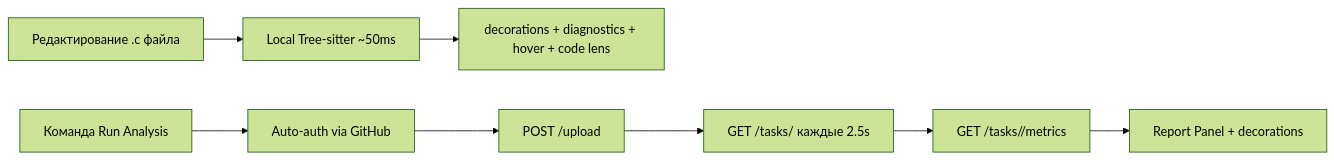
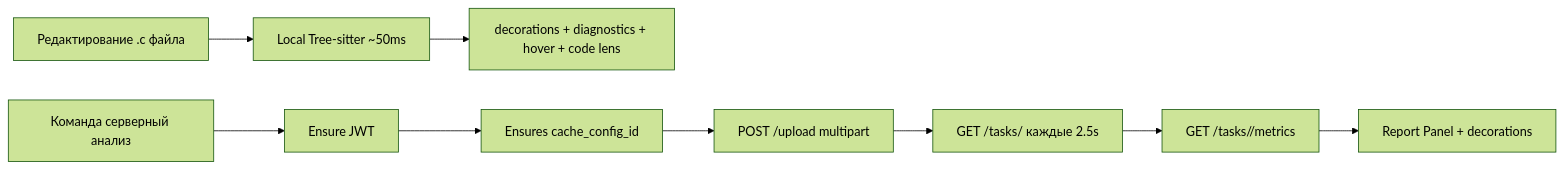
One commit to Fortech4N9/docs changed the second of 2 diagrams in docs/clients/vscode/index.md. Above: the diagram before and after it, drawn with Mermaid (forest theme). The commit also changed other lines of this file and 15 other files, not shown here.

````diff
--- a/docs/clients/vscode/index.md
+++ b/docs/clients/vscode/index.md
@@ -51,11 +68,12 @@
 ```mermaid
 flowchart LR
     Edit[Редактирование .c файла] --> Local[Local Tree-sitter ~50ms]
     Local --> UI1[decorations + diagnostics + hover + code lens]
 
-    Run[Команда Run Analysis] --> Auth[Auto-auth via GitHub]
-    Auth --> Up[POST /upload]
+    Run[Команда серверный анализ] --> Auth[Ensure JWT]
+    Auth --> Cfg[Ensures cache_config_id]
+    Cfg --> Up[POST /upload multipart]
     Up --> Poll[GET /tasks/<id> каждые 2.5s]
     Poll --> Met[GET /tasks/<id>/metrics]
     Met --> Panel[Report Panel + decorations]
 ```
````
